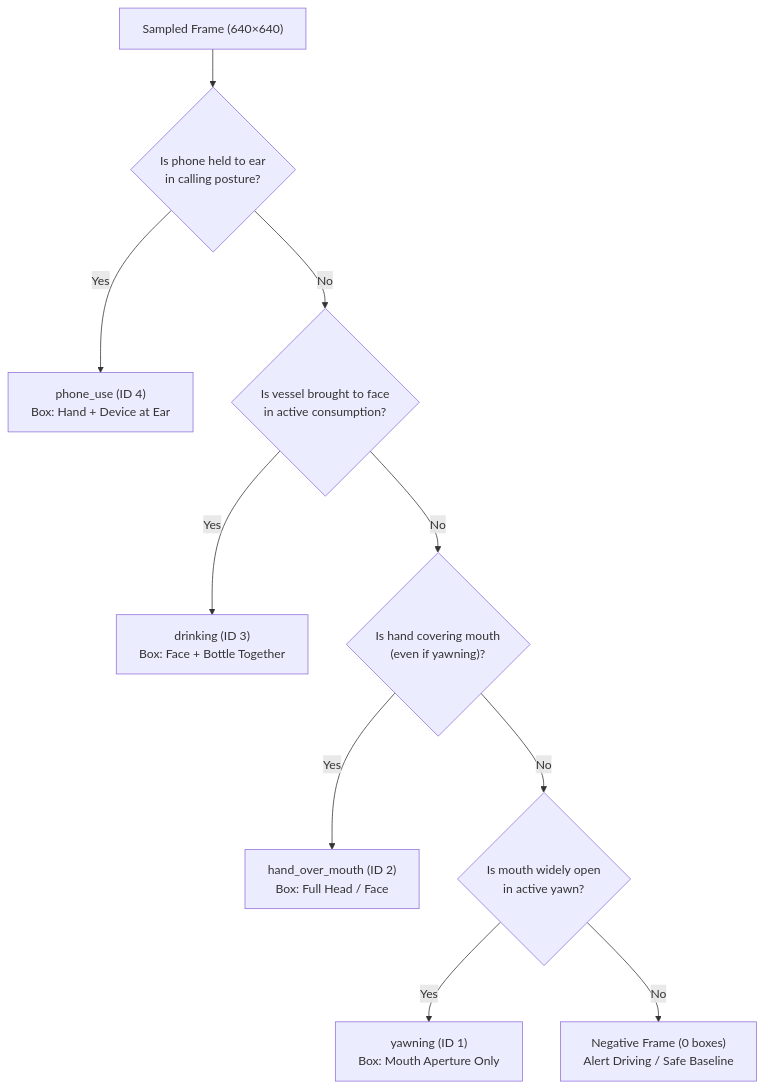
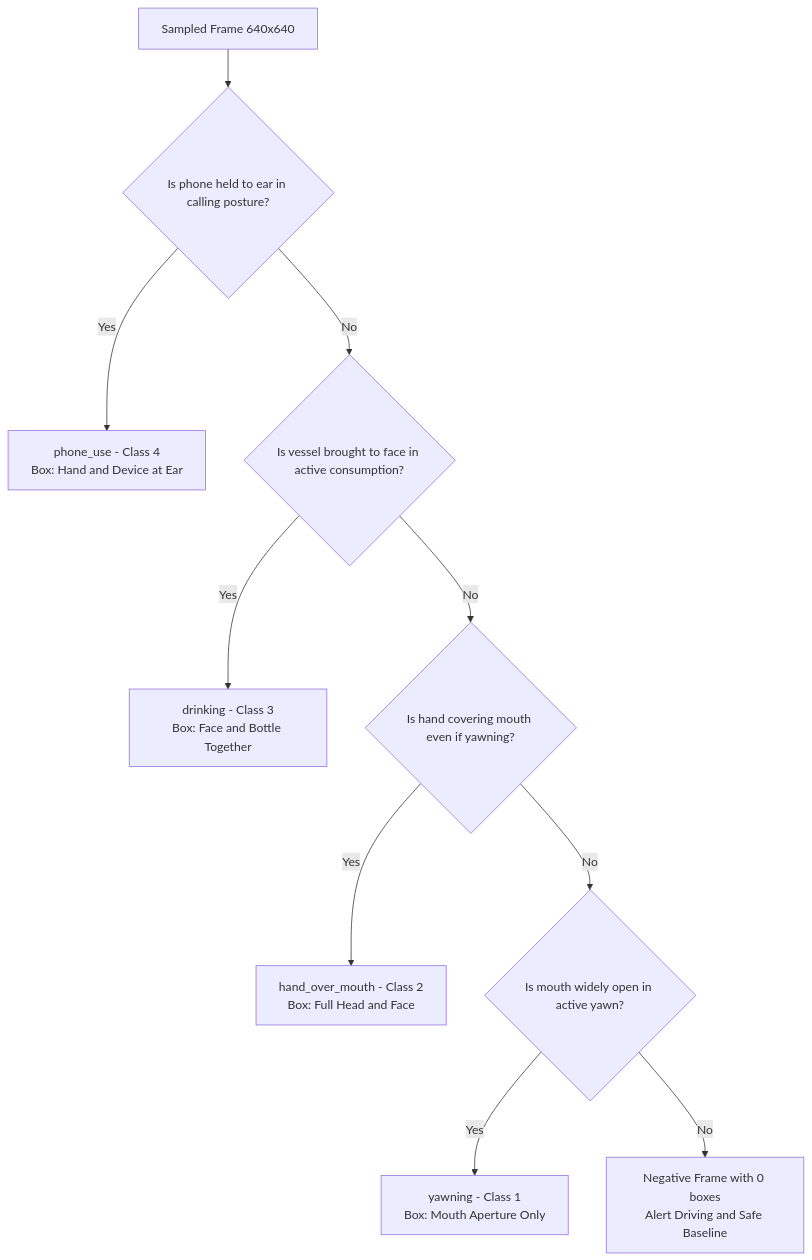
The diagram in docs/annotation-protocol.md (IamOumarIbrahim/DMS-Eval), drawn with Mermaid before and after one commit. The commit also changed 2 other files, not shown here.

Commit message:
Fix Mermaid diagram rendering in README and protocol docs

````diff
--- a/docs/annotation-protocol.md
+++ b/docs/annotation-protocol.md
@@ -34,12 +34,12 @@
 ```mermaid
 flowchart TD
-    Start["Sampled Frame (640×640)"] --> Q1{"Is phone held to ear<br>in calling posture?"}
-    Q1 -- Yes --> C1["phone_use (ID 4)<br>Box: Hand + Device at Ear"]
-    Q1 -- No --> Q2{"Is vessel brought to face<br>in active consumption?"}
-    Q2 -- Yes --> C2["drinking (ID 3)<br>Box: Face + Bottle Together"]
-    Q2 -- No --> Q3{"Is hand covering mouth<br>(even if yawning)?"}
-    Q3 -- Yes --> C3["hand_over_mouth (ID 2)<br>Box: Full Head / Face"]
-    Q3 -- No --> Q4{"Is mouth widely open<br>in active yawn?"}
-    Q4 -- Yes --> C4["yawning (ID 1)<br>Box: Mouth Aperture Only"]
-    Q4 -- No --> C5["Negative Frame (0 boxes)<br>Alert Driving / Safe Baseline"]
+    Start["Sampled Frame 640x640"] --> Q1{"Is phone held to ear in calling posture?"}
+    Q1 -- Yes --> C1["phone_use - Class 4<br>Box: Hand and Device at Ear"]
+    Q1 -- No --> Q2{"Is vessel brought to face in active consumption?"}
+    Q2 -- Yes --> C2["drinking - Class 3<br>Box: Face and Bottle Together"]
+    Q2 -- No --> Q3{"Is hand covering mouth even if yawning?"}
+    Q3 -- Yes --> C3["hand_over_mouth - Class 2<br>Box: Full Head and Face"]
+    Q3 -- No --> Q4{"Is mouth widely open in active yawn?"}
+    Q4 -- Yes --> C4["yawning - Class 1<br>Box: Mouth Aperture Only"]
+    Q4 -- No --> C5["Negative Frame with 0 boxes<br>Alert Driving and Safe Baseline"]
 ```
````
